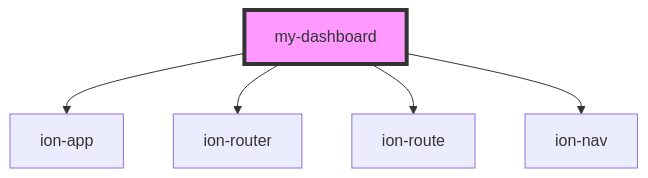
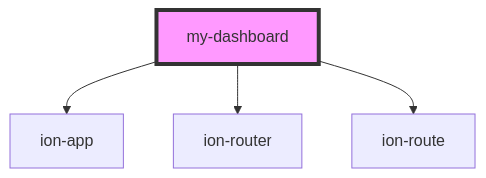
The diagram in src/components/my-dashboard/readme.md (sanjeetkumaritoutlook/stenciljs-components), drawn with Mermaid before and after one commit. The commit also changed other lines of this file and 2 other files, not shown here.

Commit message:
bumped package version

````diff
--- a/src/components/my-dashboard/readme.md
+++ b/src/components/my-dashboard/readme.md
@@ -18,8 +17,7 @@
 ```mermaid
 graph TD;
   my-dashboard --> ion-app
   my-dashboard --> ion-router
   my-dashboard --> ion-route
-  my-dashboard --> ion-nav
   style my-dashboard fill:#f9f,stroke:#333,stroke-width:4px
 ```
````
